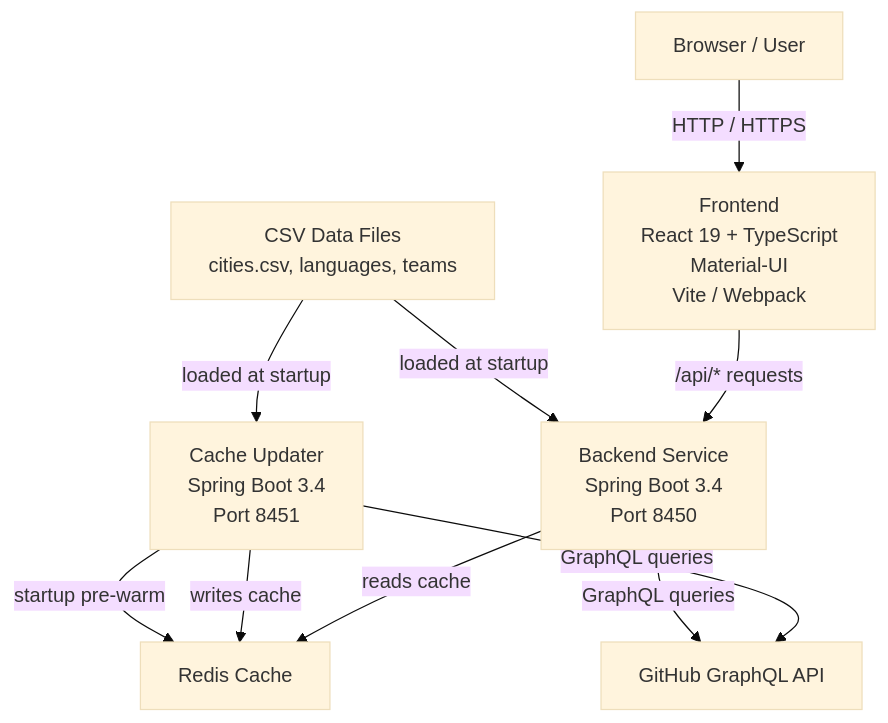
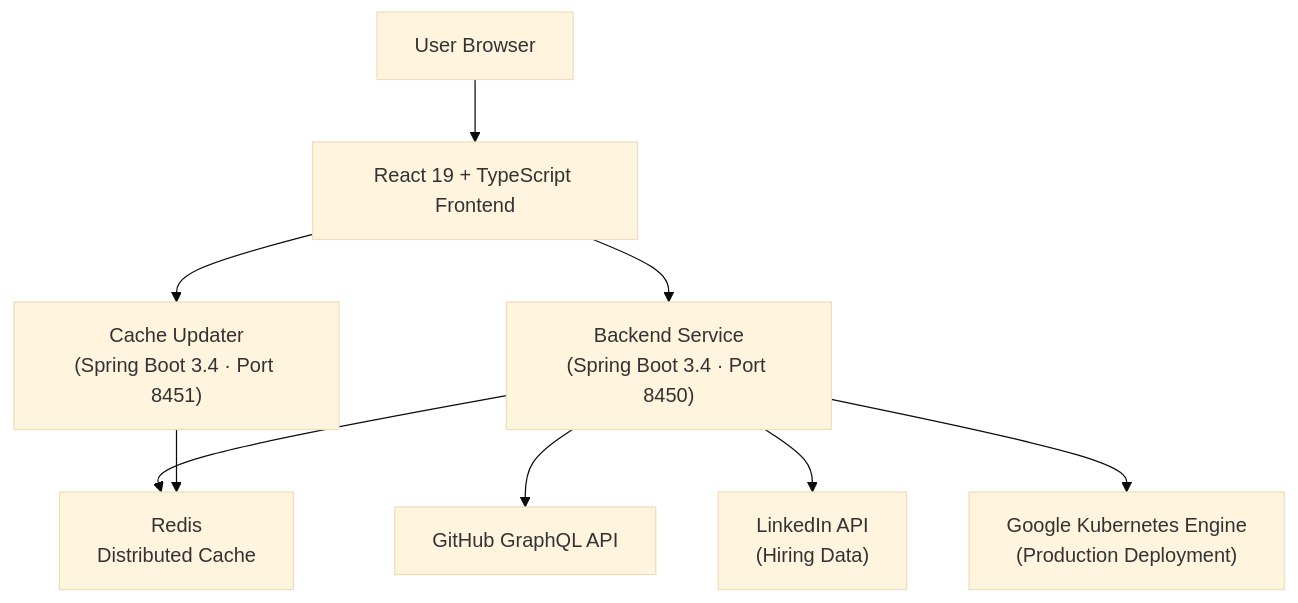
One commit to flamingo-stack/major-league-github changed the first of 2 diagrams in docs/getting-started/introduction.md. Above: the diagram before and after it, drawn with Mermaid (base theme). The commit also changed other lines of this file and 133 other files, not shown here.

````diff
--- a/docs/getting-started/introduction.md
+++ b/docs/getting-started/introduction.md
@@ -52,20 +43,11 @@
 ```mermaid
-graph TD
-    User["Browser / User"]
-    FE["Frontend\nReact 19 + TypeScript\nMaterial-UI\nVite / Webpack"]
-    BE["Backend Service\nSpring Boot 3.4\nPort 8450"]
-    CU["Cache Updater\nSpring Boot 3.4\nPort 8451"]
-    Redis["Redis Cache"]
-    GH["GitHub GraphQL API"]
-    CSV["CSV Data Files\ncities.csv, languages, teams"]
-
-    User -->|"HTTP / HTTPS"| FE
-    FE -->|"/api/* requests"| BE
-    BE -->|"reads cache"| Redis
-    CU -->|"writes cache"| Redis
-    CU -->|"GraphQL queries"| GH
-    BE -->|"GraphQL queries"| GH
-    CU -->|"startup pre-warm"| Redis
-    CSV -->|"loaded at startup"| BE
-    CSV -->|"loaded at startup"| CU
+flowchart TD
+    User["User Browser"] --> Frontend["React 19 + TypeScript Frontend"]
+    Frontend --> Backend["Backend Service\n(Spring Boot 3.4 · Port 8450)"]
+    Frontend --> Cache["Cache Updater\n(Spring Boot 3.4 · Port 8451)"]
+    Backend --> Redis["Redis\nDistributed Cache"]
+    Cache --> Redis
+    Backend --> GitHub["GitHub GraphQL API"]
+    Backend --> LinkedIn["LinkedIn API\n(Hiring Data)"]
+    Backend --> GKE["Google Kubernetes Engine\n(Production Deployment)"]
 ```
````
